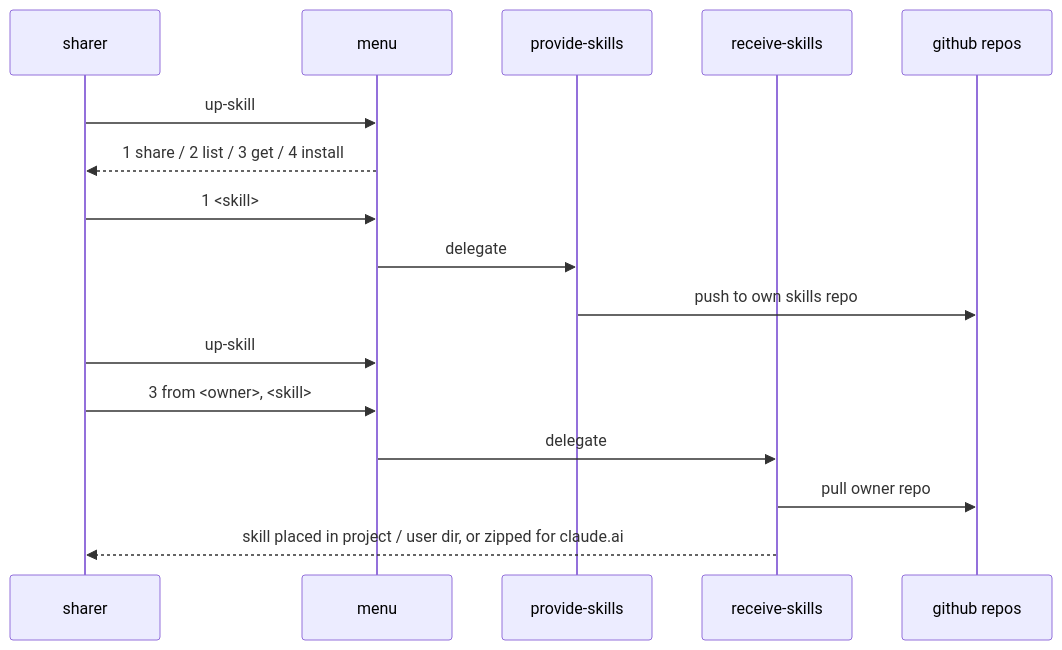
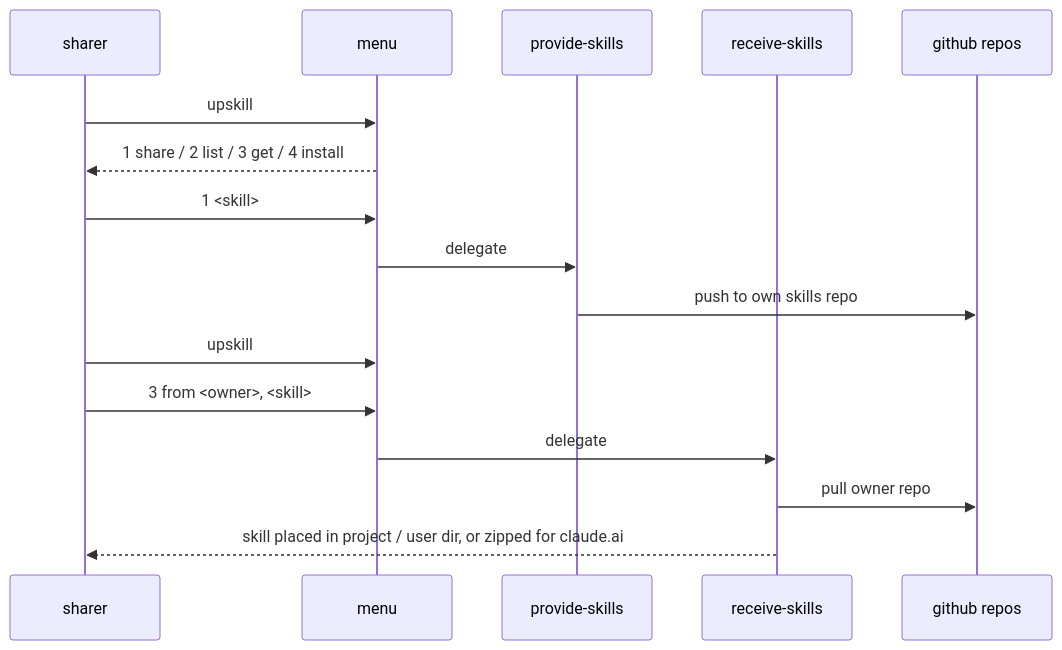
One commit to mingzilla/up-skill changed the third of 4 diagrams in _system/l2_share_skills/design.md. Above: the diagram before and after it, drawn with Mermaid. The commit also changed other lines of this file and 31 other files, not shown here.

````diff
--- a/_system/l2_share_skills/design.md
+++ b/_system/l2_share_skills/design.md
@@ -88,18 +88,18 @@
 ```mermaid
 sequenceDiagram
     participant S as sharer
     participant M as menu
     participant P as provide-skills
     participant R as receive-skills
     participant G as github repos
-    S->>M: up-skill
+    S->>M: upskill
     M-->>S: 1 share / 2 list / 3 get / 4 install
     S->>M: 1 <skill>
     M->>P: delegate
     P->>G: push to own skills repo
-    S->>M: up-skill
+    S->>M: upskill
     S->>M: 3 from <owner>, <skill>
     M->>R: delegate
     R->>G: pull owner repo
     R-->>S: skill placed in project / user dir, or zipped for claude.ai
 ```
````
